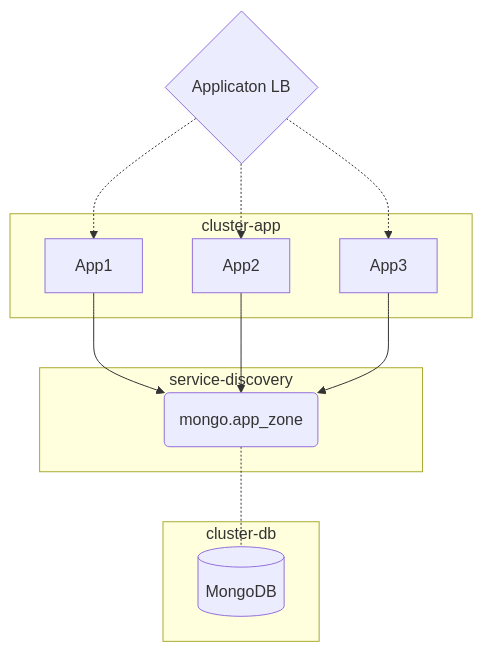
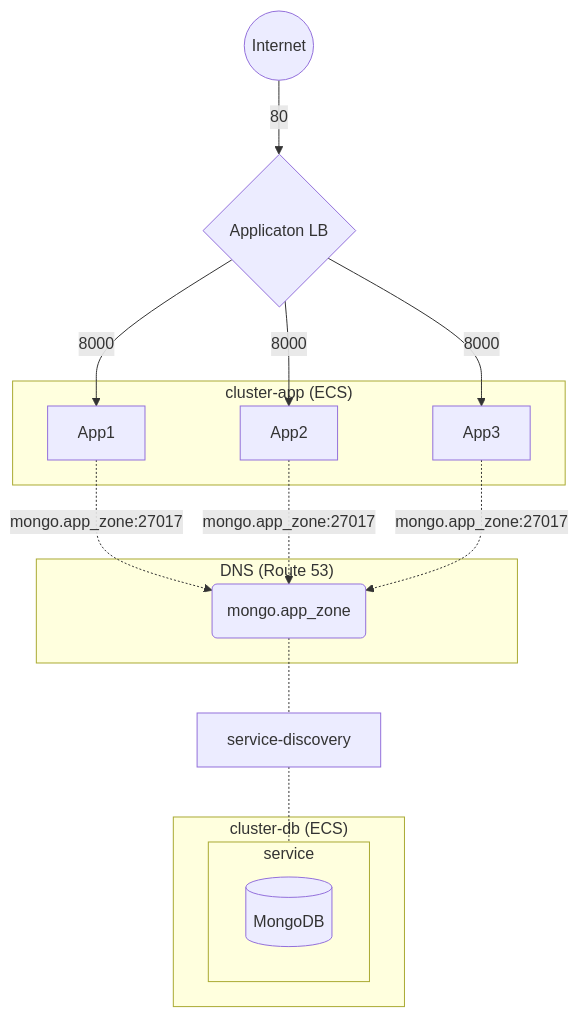
Before and after one commit to gabrgomes/simple-user-api: the diagram in README.md, drawn with Mermaid. The commit also changed other lines of this file and 4 other files, not shown here.

````diff
--- a/README.md
+++ b/README.md
@@ -15,16 +8,18 @@
 ```mermaid
 flowchart TB;
-lb{Applicaton LB}
-subgraph cluster-app
+web((Internet)) -->|80| lb{Applicaton LB}
+subgraph "cluster-app (ECS)"
 App1 & App2 & App3
 end
-subgraph service-discovery
+subgraph "DNS (Route 53)"
 sd(mongo.app_zone)
 end
-subgraph cluster-db
+subgraph "cluster-db (ECS)"
+subgraph service
 db[(MongoDB)]
 end
-lb -.-> App1 & App2 & App3
-App1 & App2 & App3 --> sd
-sd -.- db
+end
+lb -->|8000| App1 & App2 & App3
+App1 & App2 & App3 -.->|mongo.app_zone:27017| sd
+sd -.- service-discovery -.- service
 ```
````
